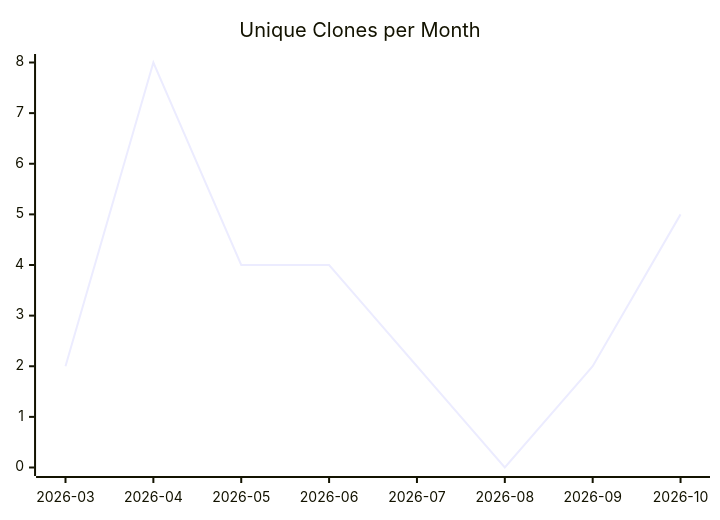
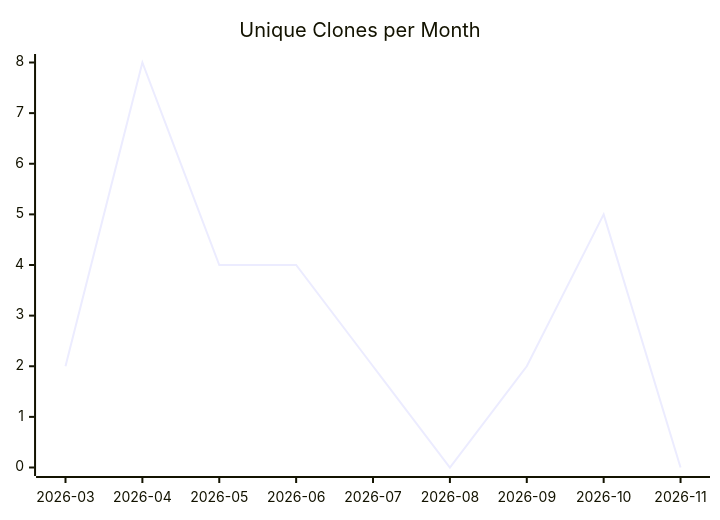
Before and after one commit to justdavis-family/github-analytics-data: the third of 3 diagrams in karlmdavis/m2e-core-tests/README.md, drawn with Mermaid. The commit also changed other lines of this file and 201 other files, not shown here.

````diff
--- a/karlmdavis/m2e-core-tests/README.md
+++ b/karlmdavis/m2e-core-tests/README.md
@@ -19,6 +19,6 @@
 ```mermaid
 xychart-beta
   title "Unique Clones per Month"
-  x-axis ["2026-03", "2026-04", "2026-05", "2026-06", "2026-07", "2026-08", "2026-09", "2026-10"]
-  line [2, 8, 4, 4, 2, 0, 2, 5]
+  x-axis ["2026-03", "2026-04", "2026-05", "2026-06", "2026-07", "2026-08", "2026-09", "2026-10", "2026-11"]
+  line [2, 8, 4, 4, 2, 0, 2, 5, 0]
 ```
````
